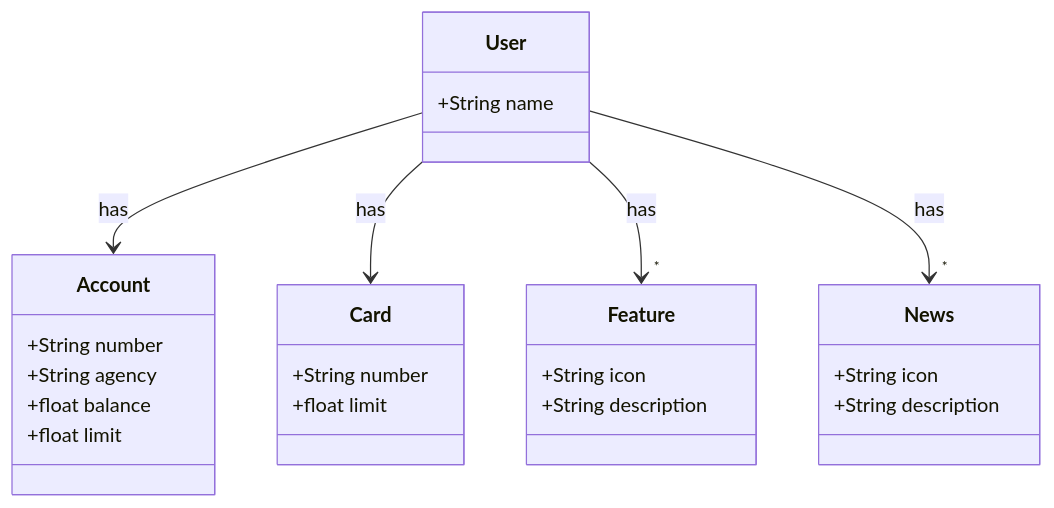
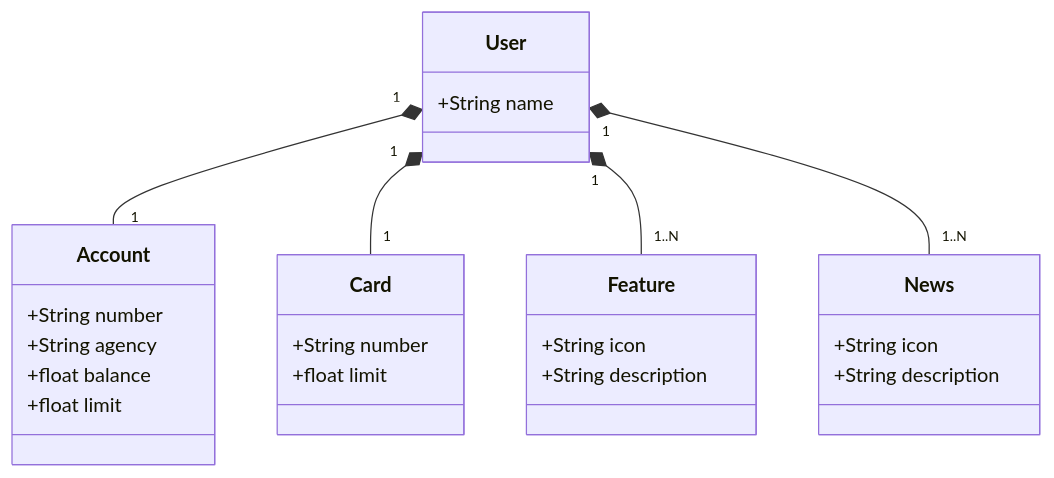
Before and after one commit to Fellipe-git/santander-dev-week: the diagram in README.md, drawn with Mermaid.

````diff
--- a/README.md
+++ b/README.md
@@ -5,33 +5,33 @@
 ```mermaid
 classDiagram
     class User {
         +String name
     }
     
     class Account {
         +String number
         +String agency
         +float balance
         +float limit
     }
     
     class Feature {
         +String icon
         +String description
     }
     
     class Card {
         +String number
         +float limit
     }
     
     class News {
         +String icon
         +String description
     }
     
-    User --> Account : has
-    User --> Card : has
-    User --> "*" Feature : has
-    User --> "*" News : has
+    User "1" *-- "1" Account
+    User "1" *-- "1" Card 
+    User "1" *-- "1..N" Feature
+    User "1" *-- "1..N" News 
 ```
````
